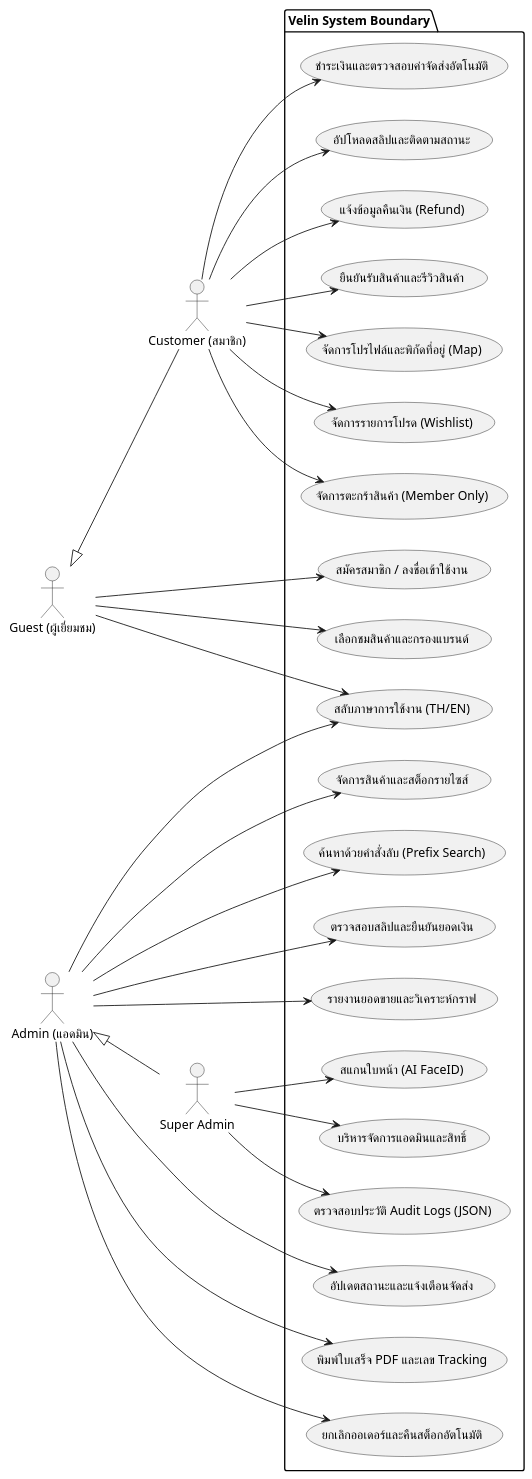
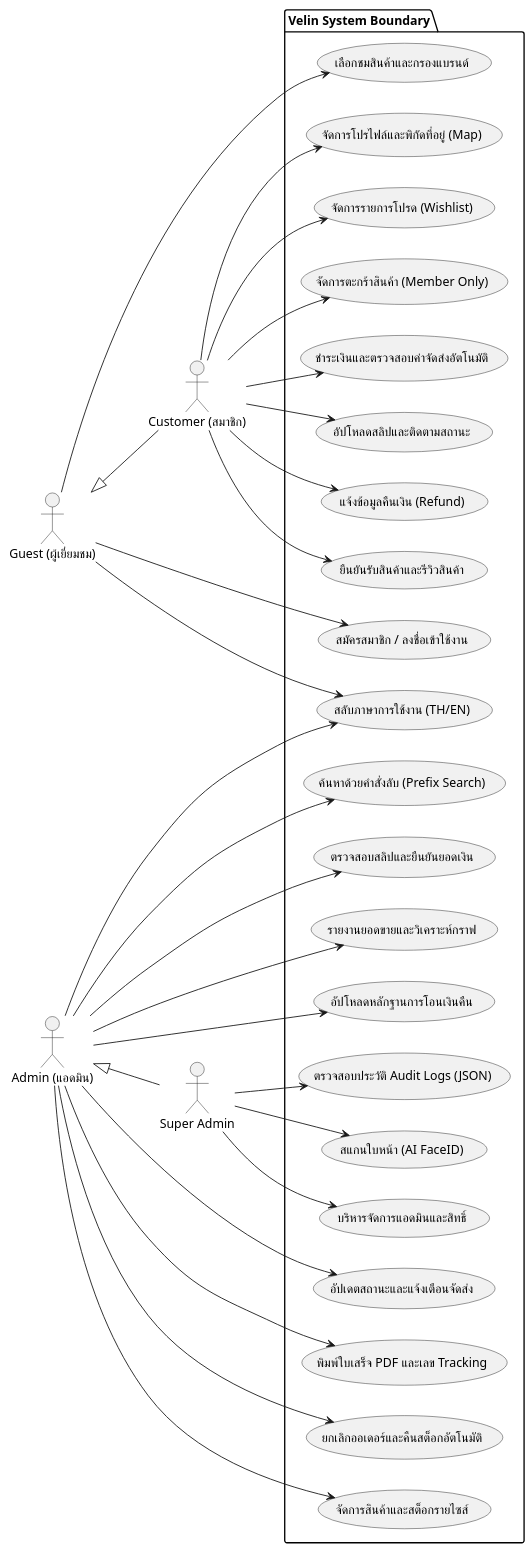
One commit to worapol1848/Project_WebApp_4y changed the second of 15 diagrams in รายงาน/Diagrams_Chapter3.md. Above: the diagram before and after it, drawn with PlantUML. The commit also changed other lines of this file and 1 other file, not shown here.

````diff
--- a/รายงาน/Diagrams_Chapter3.md
+++ b/รายงาน/Diagrams_Chapter3.md
@@ -46,70 +46,72 @@
 ```plantuml
 @startuml
 ' Diagram by worapol สุดหล่อ
 left to right direction
 skinparam DefaultFontName Tahoma
 
 actor "Guest (ผู้เยี่ยมชม)" as GST
 actor "Customer (สมาชิก)" as CUS
 actor "Admin (แอดมิน)" as ADM
 actor "Super Admin" as SAD
 
 GST <|-- CUS
 ADM <|-- SAD
 
 package "Velin System Boundary" {
   ' เรียงลำดับตามความสำคัญและตำแหน่งที่ต้องการ
   usecase "ยืนยันรับสินค้าและรีวิวสินค้า" as UC7
   usecase "สมัครสมาชิก / ลงชื่อเข้าใช้งาน" as UC1
   usecase "เลือกชมสินค้าและกรองแบรนด์" as UC2
   usecase "อัปเดตสถานะและแจ้งเตือนจัดส่ง" as UC15
   usecase "สลับภาษาการใช้งาน (TH/EN)" as UC21
   usecase "พิมพ์ใบเสร็จ PDF และเลข Tracking" as UC24
   usecase "ยกเลิกออเดอร์และคืนสต็อกอัตโนมัติ" as UC16
   
   ' ฟังก์ชันเสริมและระบบจัดการ
   usecase "จัดการโปรไฟล์และพิกัดที่อยู่ (Map)" as UC23
   usecase "จัดการรายการโปรด (Wishlist)" as UC3
   usecase "จัดการตะกร้าสินค้า (Member Only)" as UC4
   usecase "ชำระเงินและตรวจสอบค่าจัดส่งอัตโนมัติ" as UC5
   usecase "อัปโหลดสลิปและติดตามสถานะ" as UC6
   usecase "แจ้งข้อมูลคืนเงิน (Refund)" as UC10
   usecase "จัดการสินค้าและสต็อกรายไซส์" as UC11
   usecase "ค้นหาด้วยคำสั่งลับ (Prefix Search)" as UC13
   usecase "ตรวจสอบสลิปและยืนยันยอดเงิน" as UC14
   usecase "รายงานยอดขายและวิเคราะห์กราฟ" as UC17
   usecase "สแกนใบหน้า (AI FaceID)" as UC18
   usecase "บริหารจัดการแอดมินและสิทธิ์" as UC19
   usecase "ตรวจสอบประวัติ Audit Logs (JSON)" as UC20
+  usecase "อัปโหลดหลักฐานการโอนเงินคืน" as UC25
 }
 
 ' โยงเส้น GST
 GST --> UC1
 GST --> UC2
 GST --> UC21
 
 ' โยงเส้น CUS
 CUS --> UC7
 CUS --> UC23
 CUS --> UC3
 CUS --> UC4
 CUS --> UC5
 CUS --> UC6
 CUS --> UC10
 
 ' โยงเส้น ADM
 ADM --> UC15
 ADM --> UC24
 ADM --> UC11
 ADM --> UC13
 ADM --> UC14
 ADM --> UC16
 ADM --> UC17
 ADM --> UC21
+ADM --> UC25
 
 ' โยงเส้น SAD
 SAD --> UC18
 SAD --> UC19
 SAD --> UC20
 @enduml
 ```
````
